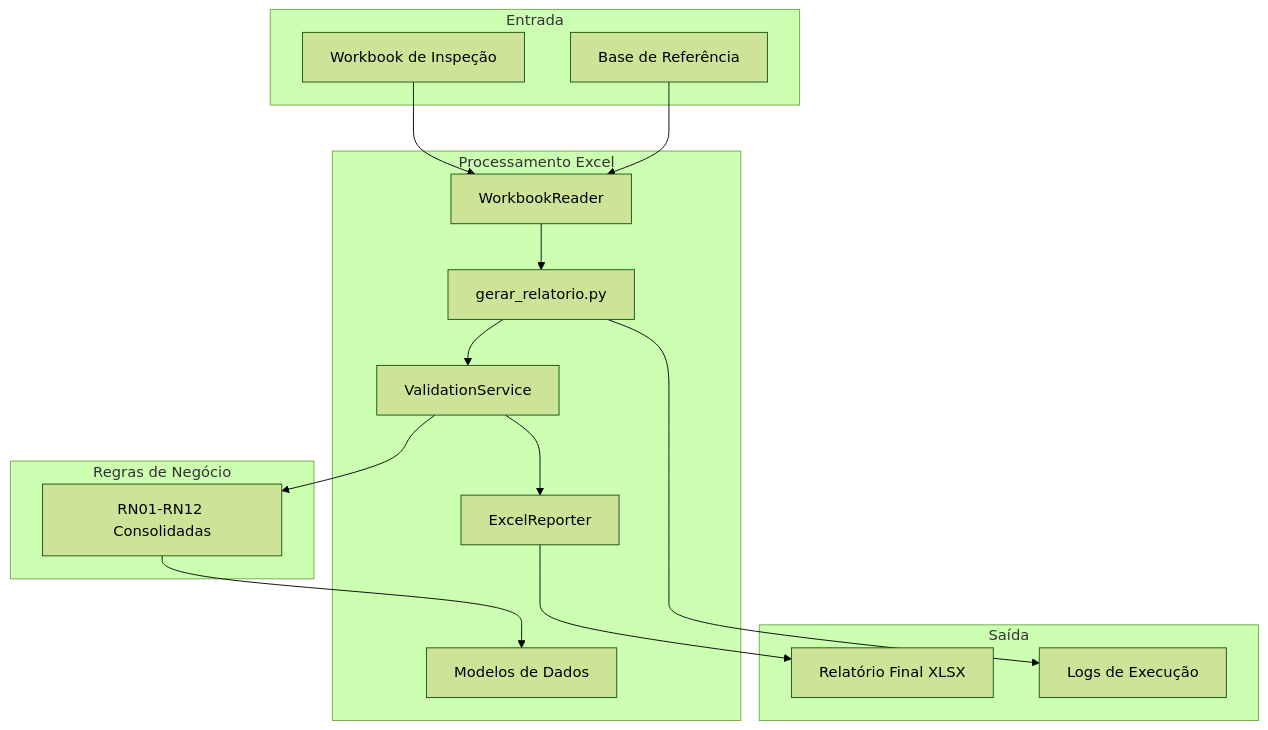
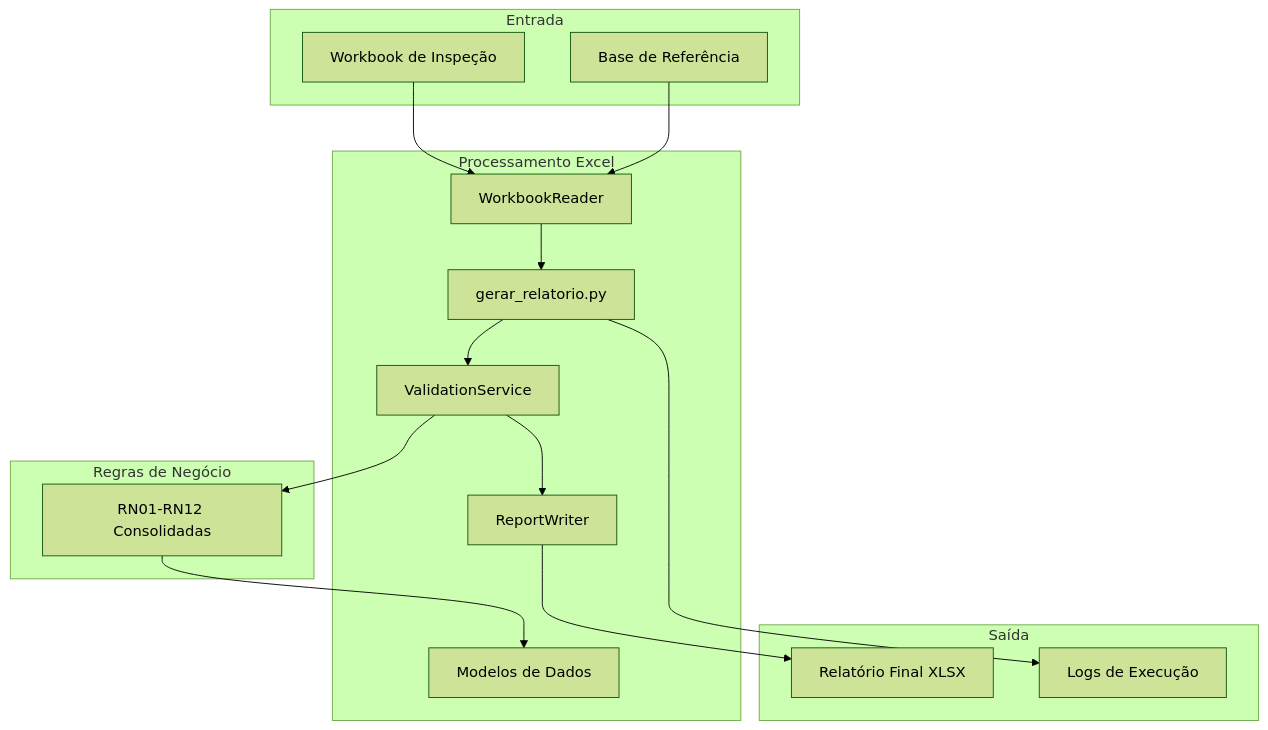
Before and after one commit to g-f307/conferencia-de-lotes: the fourth of 4 diagrams in docs/ARQUITETURA.md, drawn with Mermaid (forest theme). The commit also changed other lines of this file and 4 other files, not shown here.

````diff
--- a/docs/ARQUITETURA.md
+++ b/docs/ARQUITETURA.md
@@ -280,34 +280,34 @@
 ```mermaid
 flowchart TB
     subgraph Entrada
         XLSX[Workbook de Inspeção]
         BASE[Base de Referência]
     end
 
     subgraph Processamento Excel
         CLI[gerar_relatorio.py]
         READER[WorkbookReader]
         VALIDATOR[ValidationService]
-        REPORTER[ExcelReporter]
+        REPORTER[ReportWriter]
         MODELS[Modelos de Dados]
     end
 
     subgraph Regras de Negócio
         RN1_12[RN01-RN12 Consolidadas]
     end
 
     subgraph Saída
         OUT_XLSX[Relatório Final XLSX]
         OUT_LOG[Logs de Execução]
     end
 
     XLSX --> READER
     BASE --> READER
     READER --> CLI
     CLI --> VALIDATOR
     VALIDATOR --> RN1_12
     RN1_12 --> MODELS
     VALIDATOR --> REPORTER
     REPORTER --> OUT_XLSX
     CLI --> OUT_LOG
 ```
````
